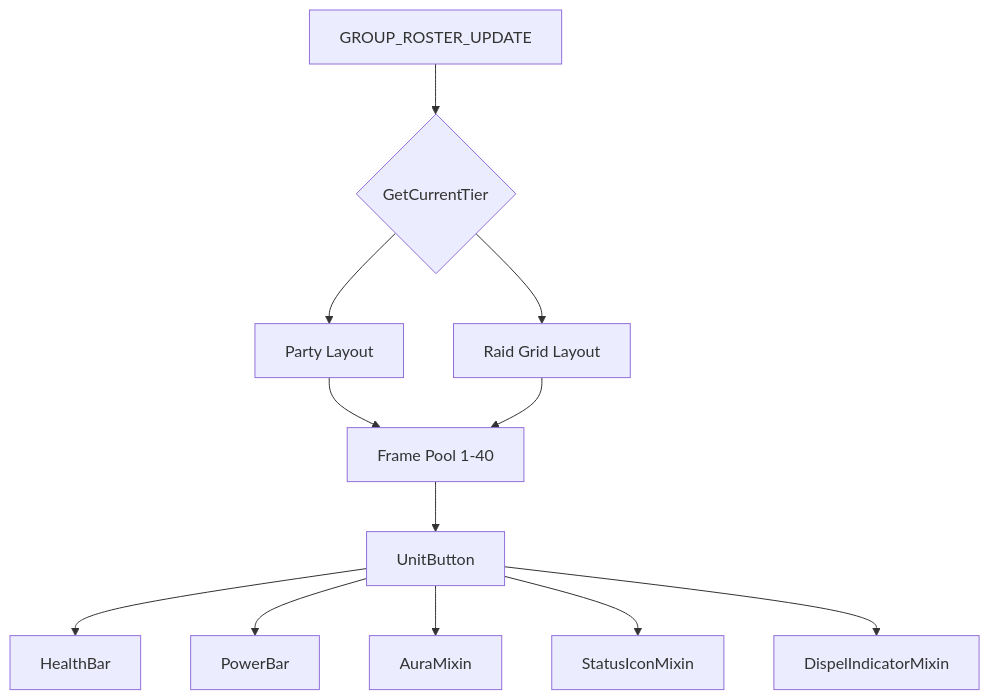
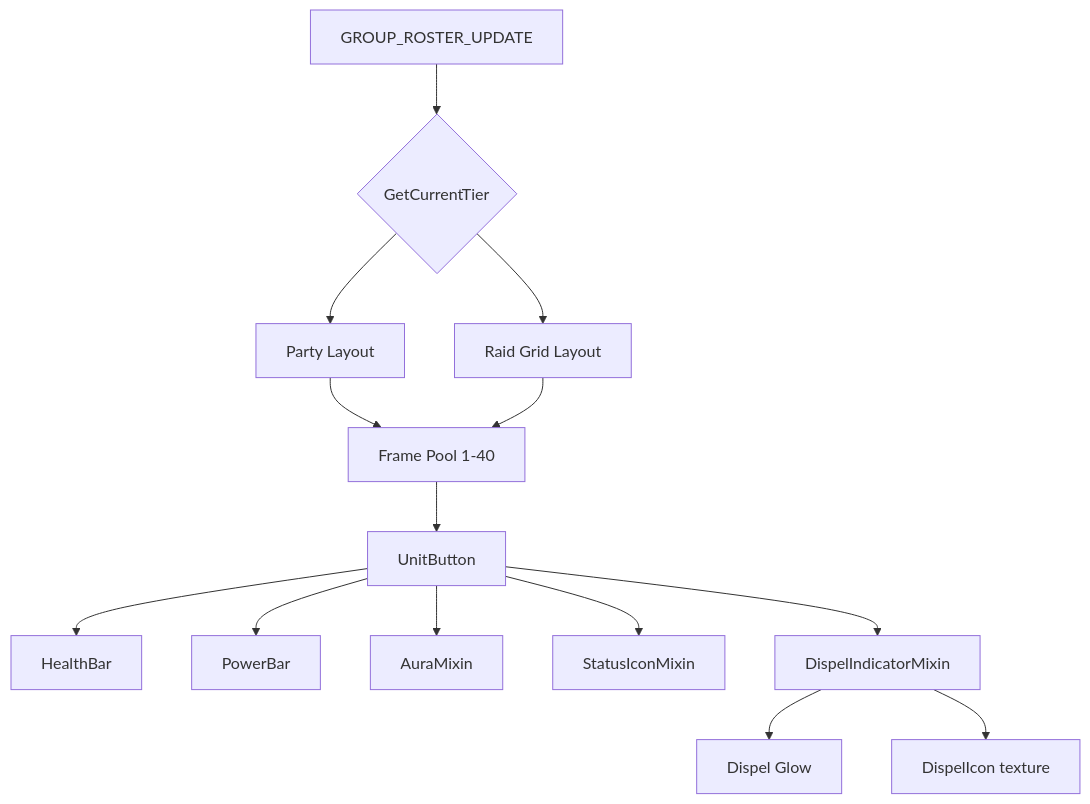
Before and after one commit to MoONSHO7/Orbit: the diagram in Orbit/Plugins/GroupFrames/readme.md, drawn with Mermaid. The commit also changed other lines of this file and 170 other files, not shown here.

````diff
--- a/Orbit/Plugins/GroupFrames/readme.md
+++ b/Orbit/Plugins/GroupFrames/readme.md
@@ -32,14 +32,16 @@
 ```mermaid
 graph TD
     roster[GROUP_ROSTER_UPDATE] --> tier{GetCurrentTier}
     tier --> party[Party Layout]
     tier --> raid[Raid Grid Layout]
     party --> frames[Frame Pool 1-40]
     raid --> frames
     frames --> button[UnitButton]
     button --> health[HealthBar]
     button --> power[PowerBar]
     button --> auras[AuraMixin]
     button --> status[StatusIconMixin]
     button --> dispel[DispelIndicatorMixin]
+    dispel --> dispelGlow[Dispel Glow]
+    dispel --> dispelIcon[DispelIcon texture]
 ```
````
